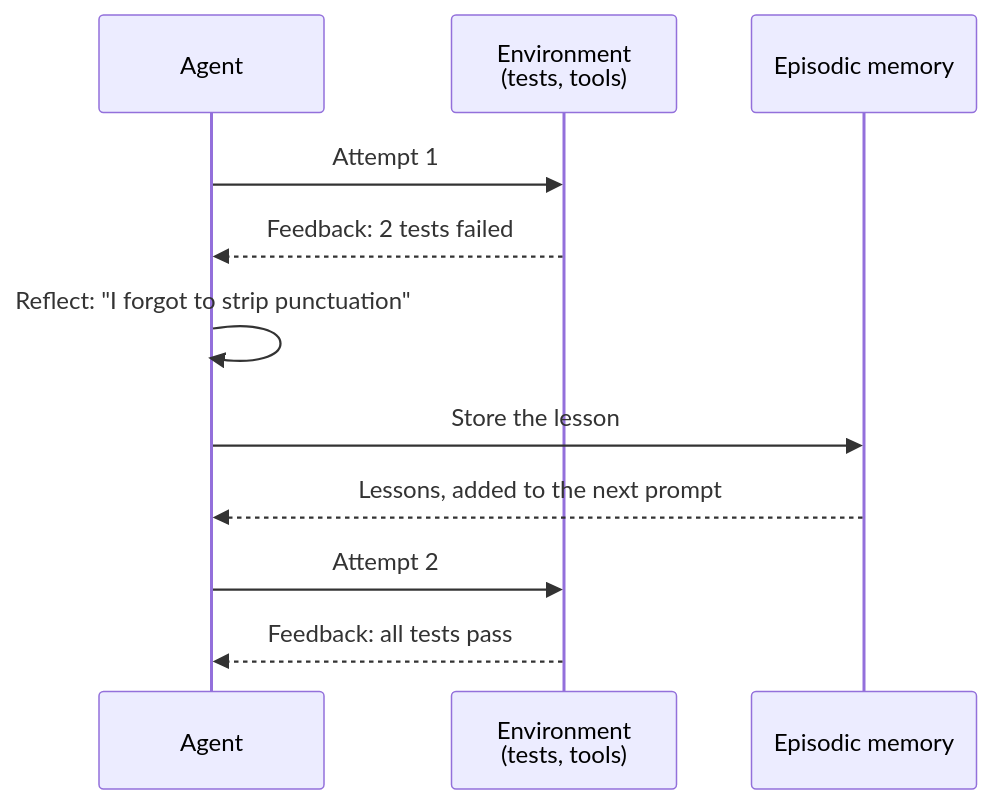
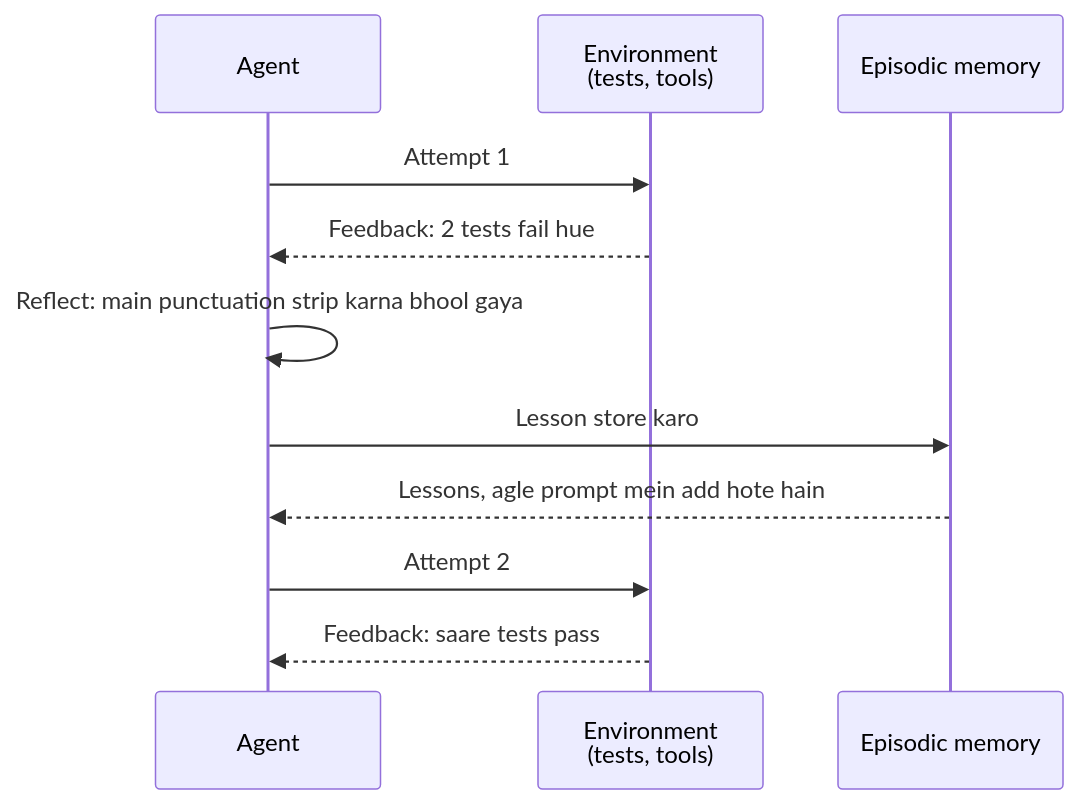
One commit to asmustechno/agentic-ai-notes changed the second of 2 diagrams in docs/08-reflection-and-self-correction/08.1-the-reflection-pattern.md. Above: the diagram before and after it, drawn with Mermaid. The commit also changed other lines of this file and 135 other files, not shown here.

````diff
--- a/docs/08-reflection-and-self-correction/08.1-the-reflection-pattern.md
+++ b/docs/08-reflection-and-self-correction/08.1-the-reflection-pattern.md
@@ -62,13 +64,13 @@
 ```mermaid
 sequenceDiagram
     participant A as Agent
     participant E as Environment<br/>(tests, tools)
     participant M as Episodic memory
     A->>E: Attempt 1
-    E-->>A: Feedback: 2 tests failed
-    A->>A: Reflect: "I forgot to strip punctuation"
-    A->>M: Store the lesson
-    M-->>A: Lessons, added to the next prompt
+    E-->>A: Feedback: 2 tests fail hue
+    A->>A: Reflect: main punctuation strip karna bhool gaya
+    A->>M: Lesson store karo
+    M-->>A: Lessons, agle prompt mein add hote hain
     A->>E: Attempt 2
-    E-->>A: Feedback: all tests pass
+    E-->>A: Feedback: saare tests pass
 ```
````
